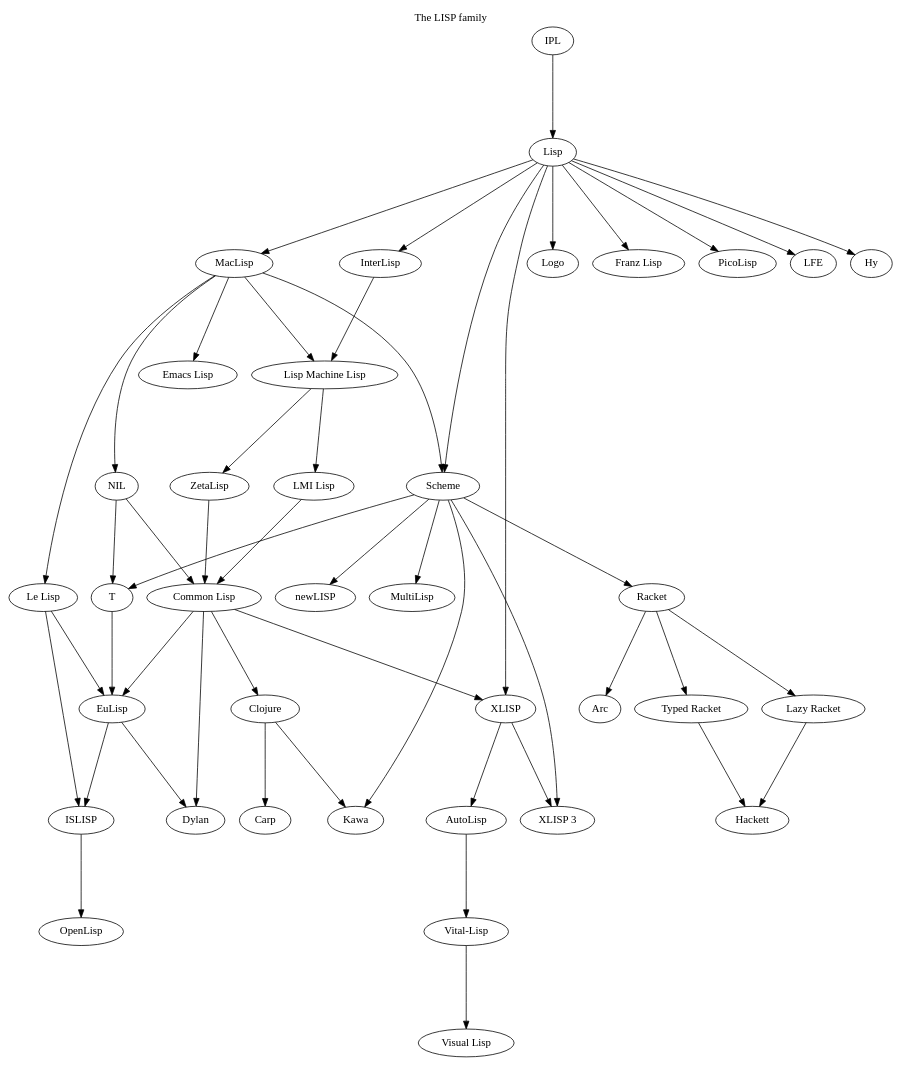
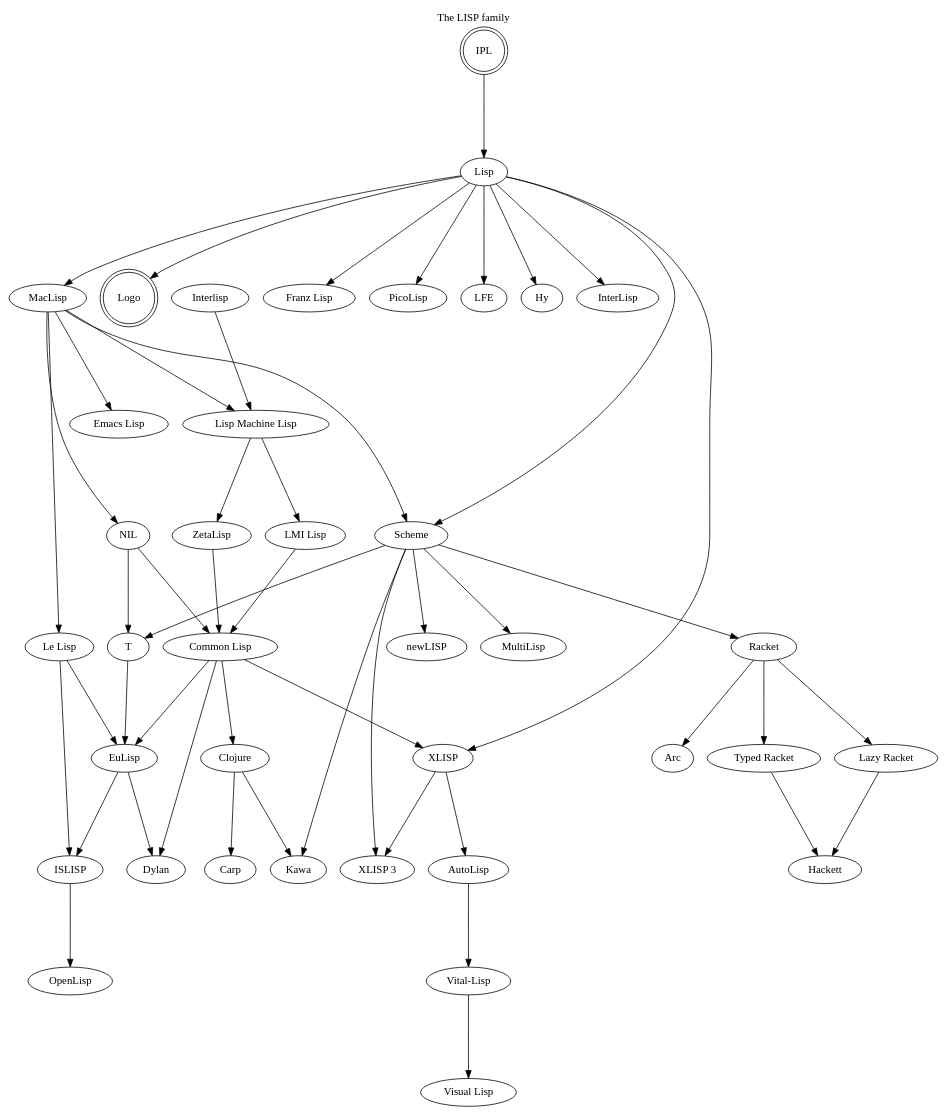
One commit to fogus/lang-genealogy changed the diagram in lisp.gv. Above: the diagram before and after it, drawn with Graphviz.

Commit message:
entry and exit langs

```diff
--- a/lisp.gv
+++ b/lisp.gv
@@ -1,40 +1,51 @@
 # -*- graphviz-dot -*-
 digraph FP
 {
 	graph[ranksep=1.5,
 	      ratio="expand",
 	      concentrate=false,
 	      rank=new,
 	      constraint=true,
 	      label="The LISP family",
 	      labelloc=t,
 	      splines=true];
 
+	// Entry and exit nodes from/into other languages are doublecircle formatted.
+
 	"IPL" -> "Lisp";
-	"Lisp" -> { "InterLisp", "MacLisp" } ->	"Lisp Machine Lisp" -> { "ZetaLisp", "LMI Lisp" } -> "Common Lisp";
+	"IPL" [shape = doublecircle];
+	"Lisp" -> "InterLisp";
+	"Lisp" -> "MacLisp";
+	"MacLisp" -> "Lisp Machine Lisp";
+	"Interlisp" -> "Lisp Machine Lisp";
+	"Lisp Machine Lisp" -> "ZetaLisp";
+	"Lisp Machine Lisp" -> "LMI Lisp";
+	"ZetaLisp" -> "Common Lisp";
+	"LMI Lisp" -> "Common Lisp";
 	"MacLisp" -> "Scheme" -> "MultiLisp";
 	"Lisp" -> "XLISP" -> "AutoLisp" -> "Vital-Lisp";
 	"Vital-Lisp" -> "Visual Lisp";
 	"Common Lisp" -> "XLISP" -> "XLISP 3";
 	"Scheme" -> "XLISP 3";
 	"MacLisp" -> "Emacs Lisp";
 	"MacLisp" -> "NIL" -> "Common Lisp" -> "Dylan";
 	"NIL" -> "T";
 	"Scheme" -> "Kawa";
 	"Common Lisp" -> "Clojure" -> "Kawa";
 	"Scheme" -> "newLISP";
 	"Lisp" -> "Logo";
+	"Logo" [shape = doublecircle];
 	"Lisp" -> "Franz Lisp";
 	"Lisp" -> "Scheme" -> "T";
 	"Lisp" -> "PicoLisp";
 	"Lisp" -> "LFE";
 	"Lisp" -> "Hy";
 	"Scheme" -> "Racket" -> "Arc";
 	"Racket" -> "Typed Racket" -> "Hackett";
 	"Racket" -> "Lazy Racket" -> "Hackett";
 	"Clojure" -> "Carp";
 	"MacLisp" -> "Le Lisp" -> "EuLisp";
 	"Le Lisp" -> "ISLISP";
 	"Common Lisp" -> "EuLisp" -> "Dylan";
 	"T" -> "EuLisp" -> "ISLISP" -> "OpenLisp";
 }
```
